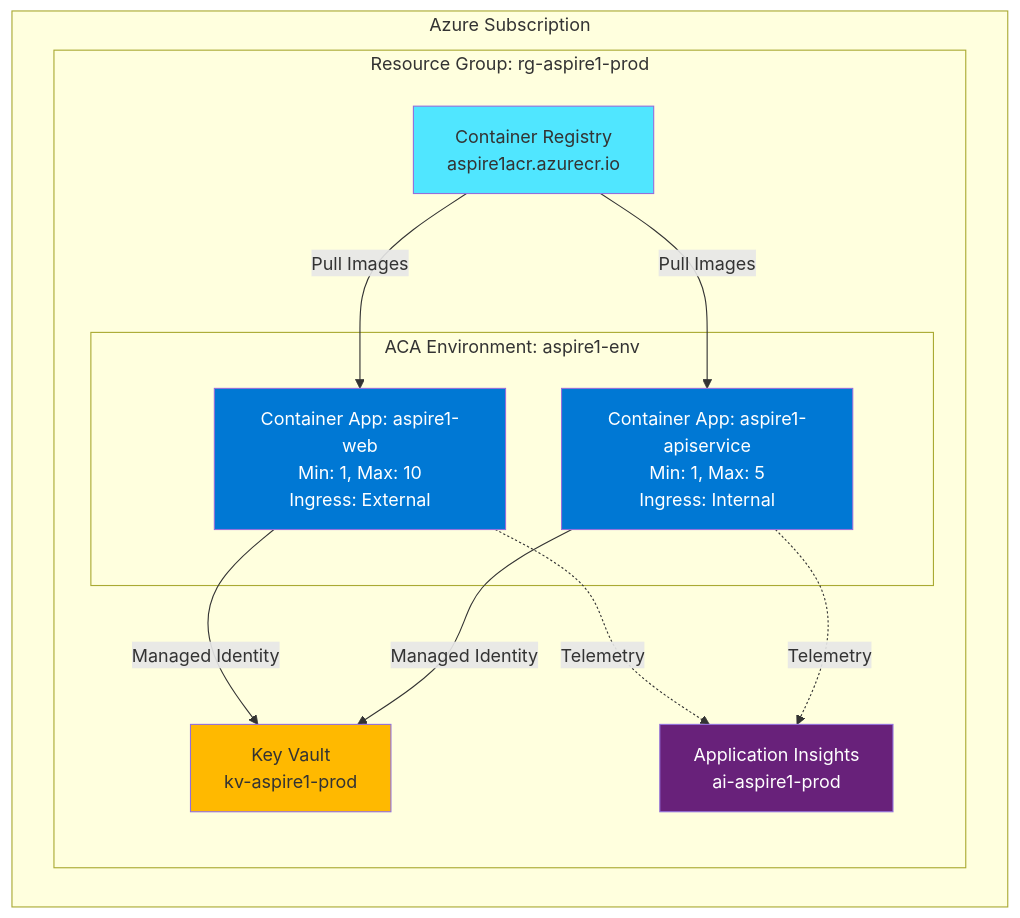
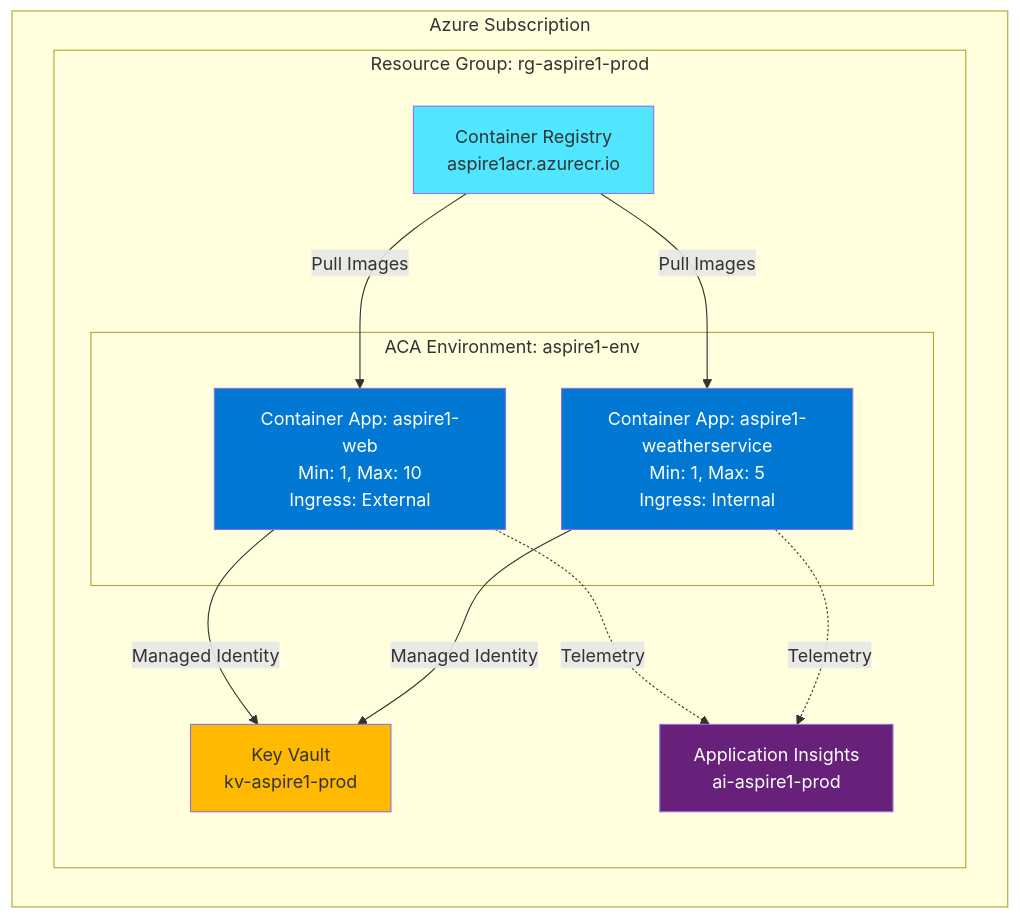
Before and after one commit to rbmathis/aspire1: the fifth of 8 diagrams in ARCHITECTURE.md, drawn with Mermaid. The commit also changed other lines of this file and 5 other files, not shown here.

First line of the commit message:
Align architecture documentation with actual codebase implementation (#20)

````diff
--- a/ARCHITECTURE.md
+++ b/ARCHITECTURE.md
@@ -256,28 +264,28 @@
 ```mermaid
 graph TB
     subgraph "Azure Subscription"
         subgraph "Resource Group: rg-aspire1-prod"
             subgraph "ACA Environment: aspire1-env"
                 WebApp[Container App: aspire1-web<br/>Min: 1, Max: 10<br/>Ingress: External]
-                ApiApp[Container App: aspire1-apiservice<br/>Min: 1, Max: 5<br/>Ingress: Internal]
+                ApiApp[Container App: aspire1-weatherservice<br/>Min: 1, Max: 5<br/>Ingress: Internal]
             end
 
             ACR[Container Registry<br/>aspire1acr.azurecr.io]
             KV[Key Vault<br/>kv-aspire1-prod]
             AI[Application Insights<br/>ai-aspire1-prod]
         end
     end
 
     WebApp -->|Managed Identity| KV
     ApiApp -->|Managed Identity| KV
     WebApp -.->|Telemetry| AI
     ApiApp -.->|Telemetry| AI
     ACR -->|Pull Images| WebApp
     ACR -->|Pull Images| ApiApp
 
     style WebApp fill:#0078d4,color:#fff
     style ApiApp fill:#0078d4,color:#fff
     style ACR fill:#50e6ff
     style KV fill:#ffb900
     style AI fill:#68217a,color:#fff
 ```
````
